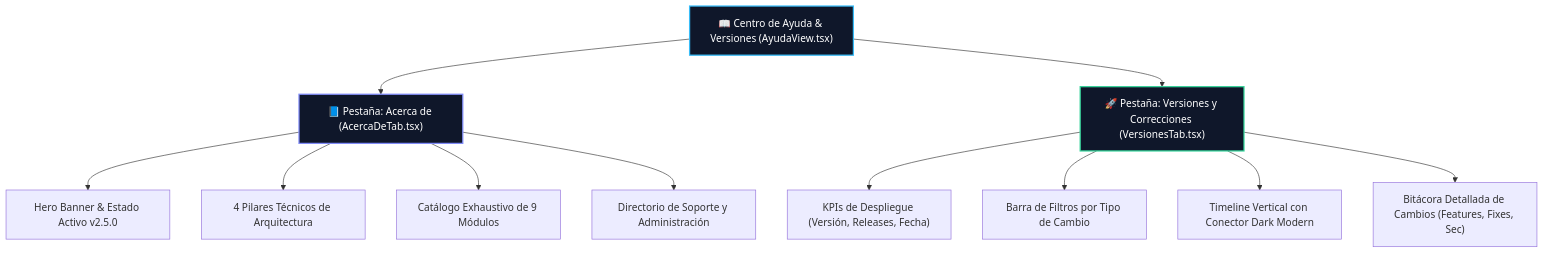
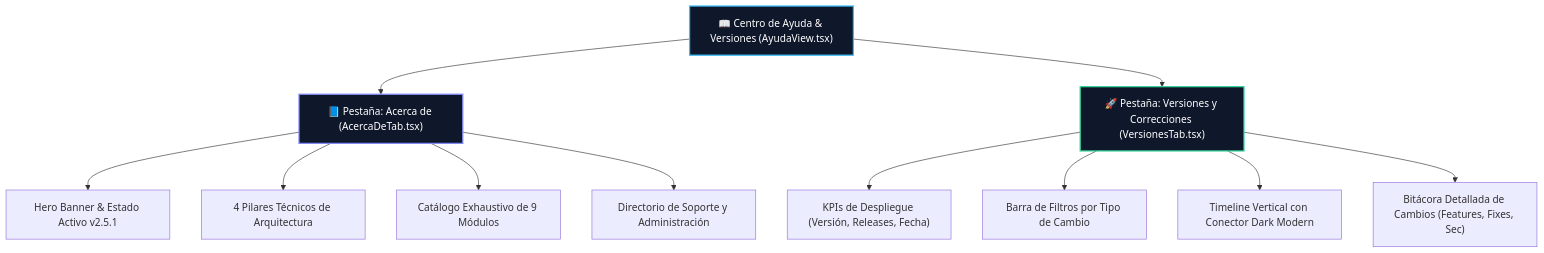
One commit to Mister-3/humano-ops-hub-spfx changed the third of 3 diagrams in BUSINESS_RULES_AND_USE_CASES.md. Above: the diagram before and after it, drawn with Mermaid. The commit also changed other lines of this file and 18 other files, not shown here.

````diff
--- a/BUSINESS_RULES_AND_USE_CASES.md
+++ b/BUSINESS_RULES_AND_USE_CASES.md
@@ -274,20 +274,20 @@
 ```mermaid
 graph TD
     A["📖 Centro de Ayuda & Versiones (AyudaView.tsx)"]
     A --> B["📘 Pestaña: Acerca de (AcercaDeTab.tsx)"]
     A --> C["🚀 Pestaña: Versiones y Correcciones (VersionesTab.tsx)"]
 
-    B --> B1["Hero Banner & Estado Activo v2.5.0"]
+    B --> B1["Hero Banner & Estado Activo v2.5.1"]
     B --> B2["4 Pilares Técnicos de Arquitectura"]
     B --> B3["Catálogo Exhaustivo de 9 Módulos"]
     B --> B4["Directorio de Soporte y Administración"]
 
     C --> C1["KPIs de Despliegue (Versión, Releases, Fecha)"]
     C --> C2["Barra de Filtros por Tipo de Cambio"]
     C --> C3["Timeline Vertical con Conector Dark Modern"]
     C --> C4["Bitácora Detallada de Cambios (Features, Fixes, Sec)"]
 
     style A fill:#0f172a,stroke:#38bdf8,stroke-width:2px,color:#fff
     style B fill:#0f172a,stroke:#818cf8,stroke-width:2px,color:#fff
     style C fill:#0f172a,stroke:#34d399,stroke-width:2px,color:#fff
 ```
````
